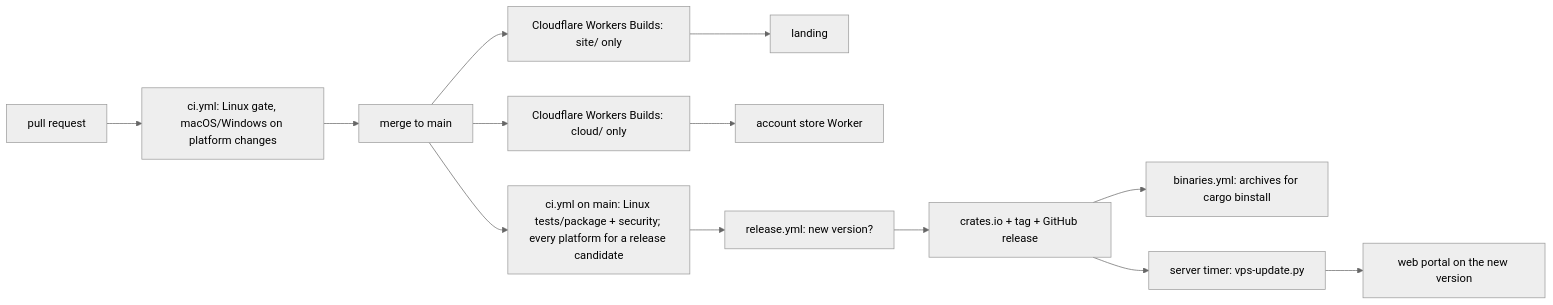
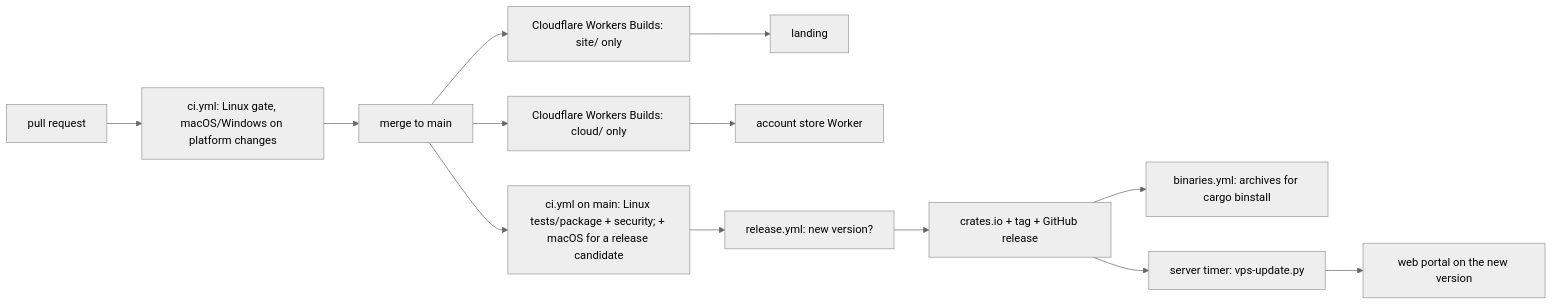
One commit to elvisbrevi/personal-teams-assistant changed the diagram in docs/delivery.md. Above: the diagram before and after it, drawn with Mermaid (neutral theme). The commit also changed other lines of this file and 3 other files, not shown here.

First line of the commit message:
Run macOS but not Windows for a release candidate on main

````diff
--- a/docs/delivery.md
+++ b/docs/delivery.md
@@ -5,9 +5,9 @@
 ```mermaid
 flowchart LR
   PR[pull request] --> CI[ci.yml: Linux gate, macOS/Windows on platform changes] --> M[merge to main]
   M --> CF[Cloudflare Workers Builds: site/ only] --> L[landing]
   M --> CW[Cloudflare Workers Builds: cloud/ only] --> W[account store Worker]
-  M --> CI2[ci.yml on main: Linux tests/package + security; every platform for a release candidate] --> R[release.yml: new version?] --> C[crates.io + tag + GitHub release]
+  M --> CI2[ci.yml on main: Linux tests/package + security; + macOS for a release candidate] --> R[release.yml: new version?] --> C[crates.io + tag + GitHub release]
   C --> B[binaries.yml: archives for cargo binstall]
   C --> U[server timer: vps-update.py] --> P[web portal on the new version]
 ```
````
